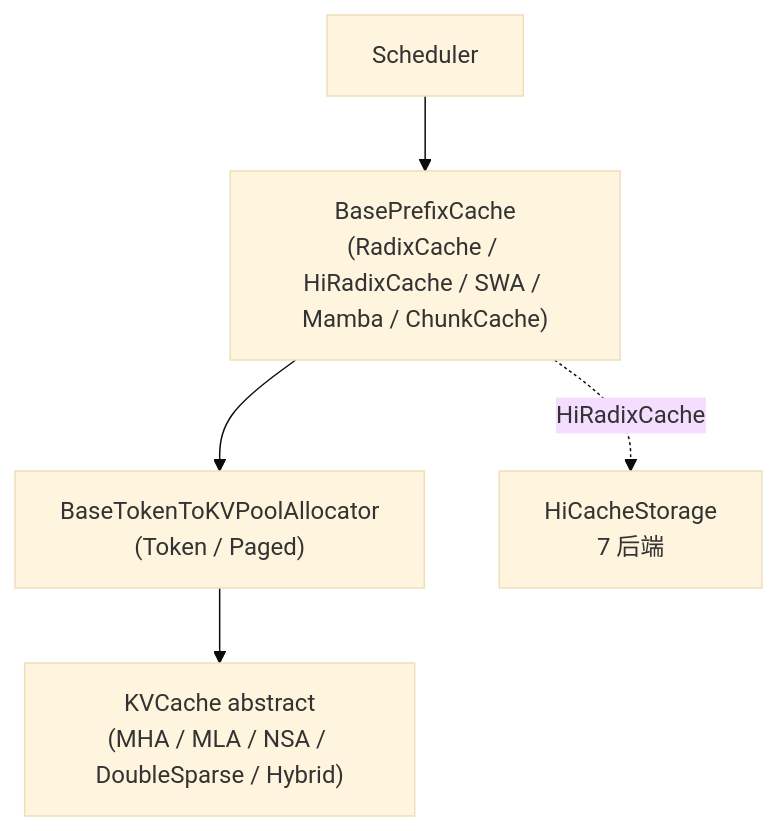
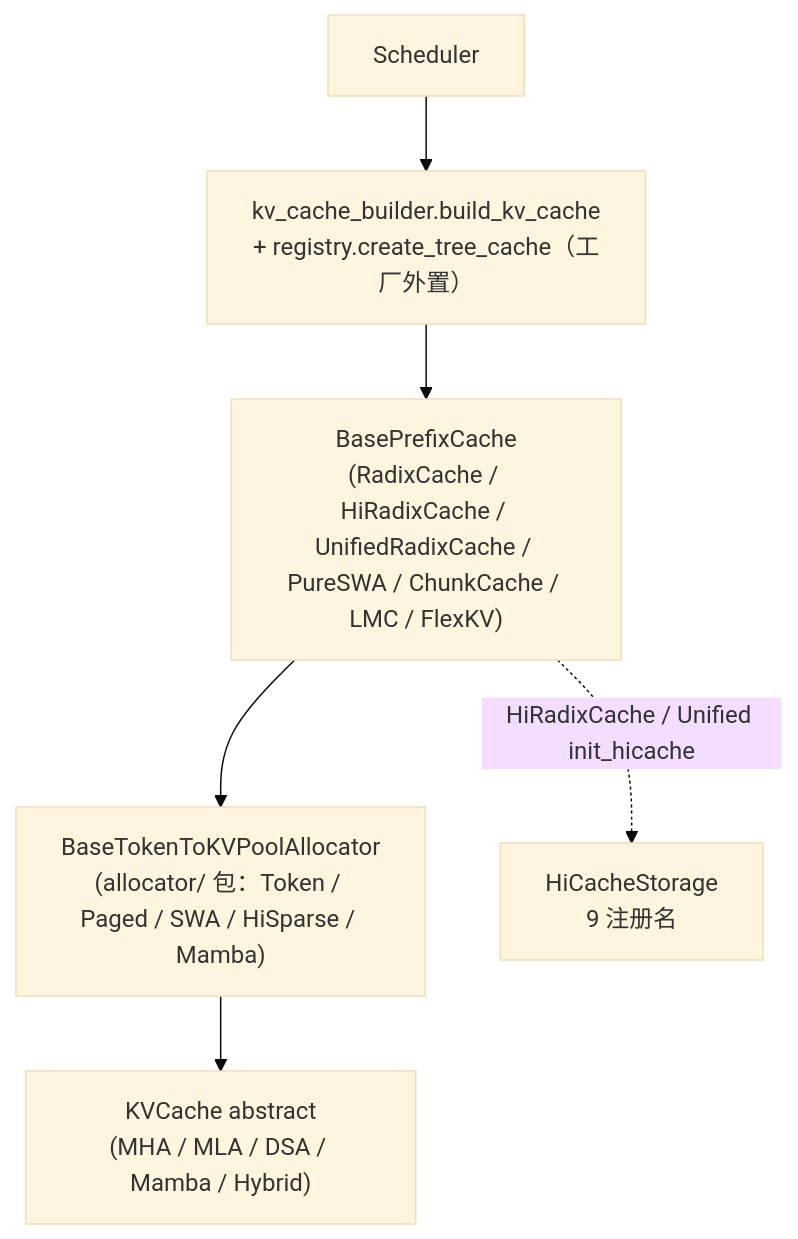
The third of 3 diagrams in comparison/topics/kv-cache.md (learning-sketch/wiki), drawn with Mermaid (base theme) before and after one commit. The commit also changed other lines of this file and 8 other files, not shown here.

````diff
--- a/comparison/topics/kv-cache.md
+++ b/comparison/topics/kv-cache.md
@@ -89,9 +97,10 @@
 ```mermaid
 flowchart TB
-    PC["BasePrefixCache<br/>(RadixCache / HiRadixCache / SWA / Mamba / ChunkCache)"]
-    Alloc["BaseTokenToKVPoolAllocator<br/>(Token / Paged)"]
-    Pool["KVCache abstract<br/>(MHA / MLA / NSA / DoubleSparse / Hybrid)"]
-    Hi["HiCacheStorage<br/>7 后端"]
-    Sched["Scheduler"] --> PC --> Alloc --> Pool
-    PC -.HiRadixCache.-> Hi
+    Build["kv_cache_builder.build_kv_cache<br/>+ registry.create_tree_cache（工厂外置）"]
+    PC["BasePrefixCache<br/>(RadixCache / HiRadixCache / UnifiedRadixCache / PureSWA / ChunkCache / LMC / FlexKV)"]
+    Alloc["BaseTokenToKVPoolAllocator<br/>(allocator/ 包：Token / Paged / SWA / HiSparse / Mamba)"]
+    Pool["KVCache abstract<br/>(MHA / MLA / DSA / Mamba / Hybrid)"]
+    Hi["HiCacheStorage<br/>9 注册名"]
+    Sched["Scheduler"] --> Build --> PC --> Alloc --> Pool
+    PC -.HiRadixCache / Unified init_hicache.-> Hi
 ```
````
